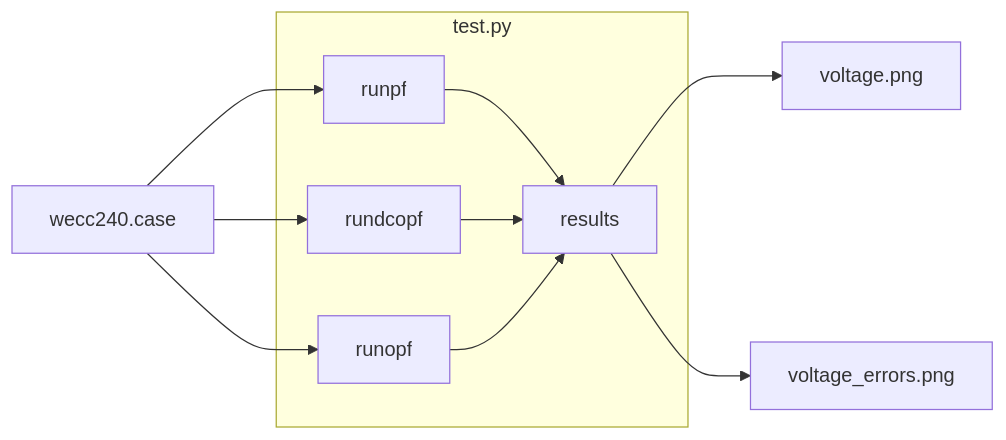
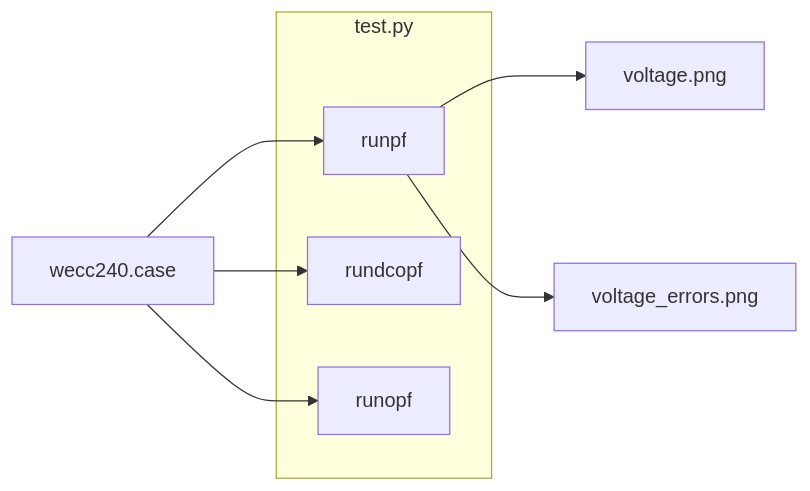
One commit to slacgismo/regrow changed the third of 3 diagrams in pypower/README.md. Above: the diagram before and after it, drawn with Mermaid.

````diff
--- a/pypower/README.md
+++ b/pypower/README.md
@@ -137,17 +137,17 @@
 ```mermaid
 flowchart LR
 
     wecc240.case --> runpf
     wecc240.case --> rundcopf
     wecc240.case --> runopf
 
     subgraph test.py
         
-        runpf --> results
-        rundcopf --> results
-        runopf --> results
+        runpf
+        rundcopf
+        runopf
 
     end
-    results --> voltage.png
-    results --> voltage_errors.png
+    runpf --> voltage.png
+    runpf --> voltage_errors.png
 ```
````
